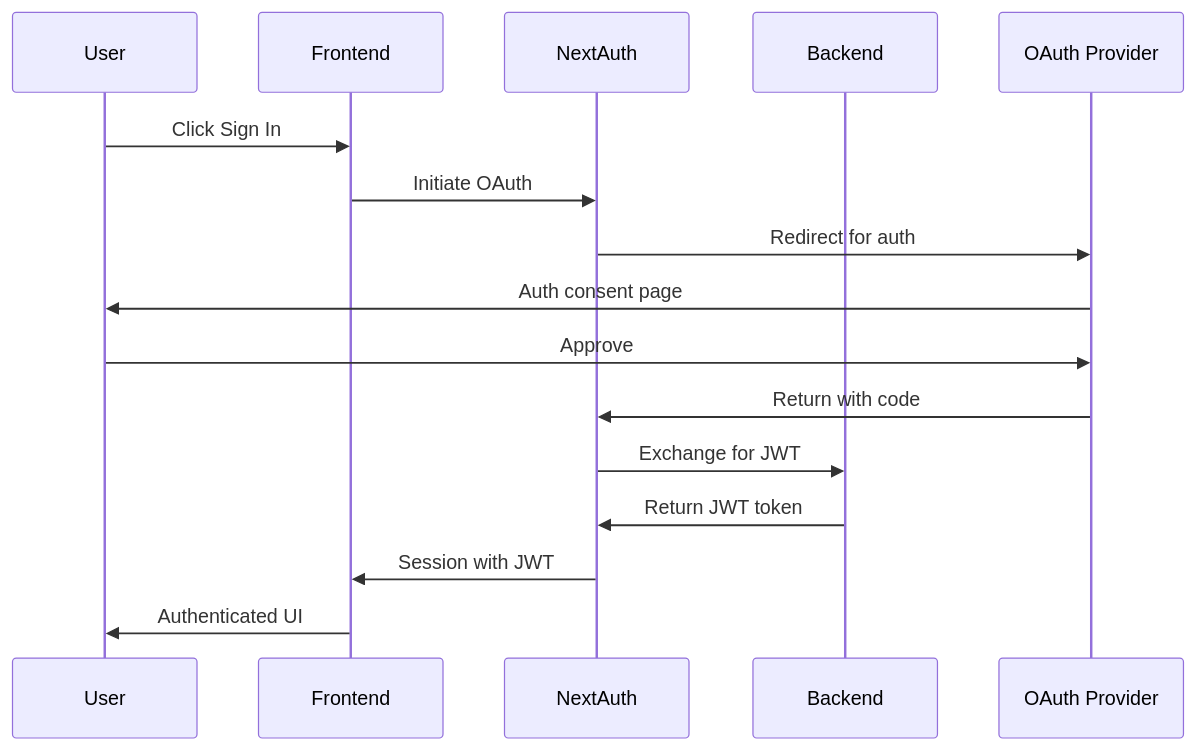
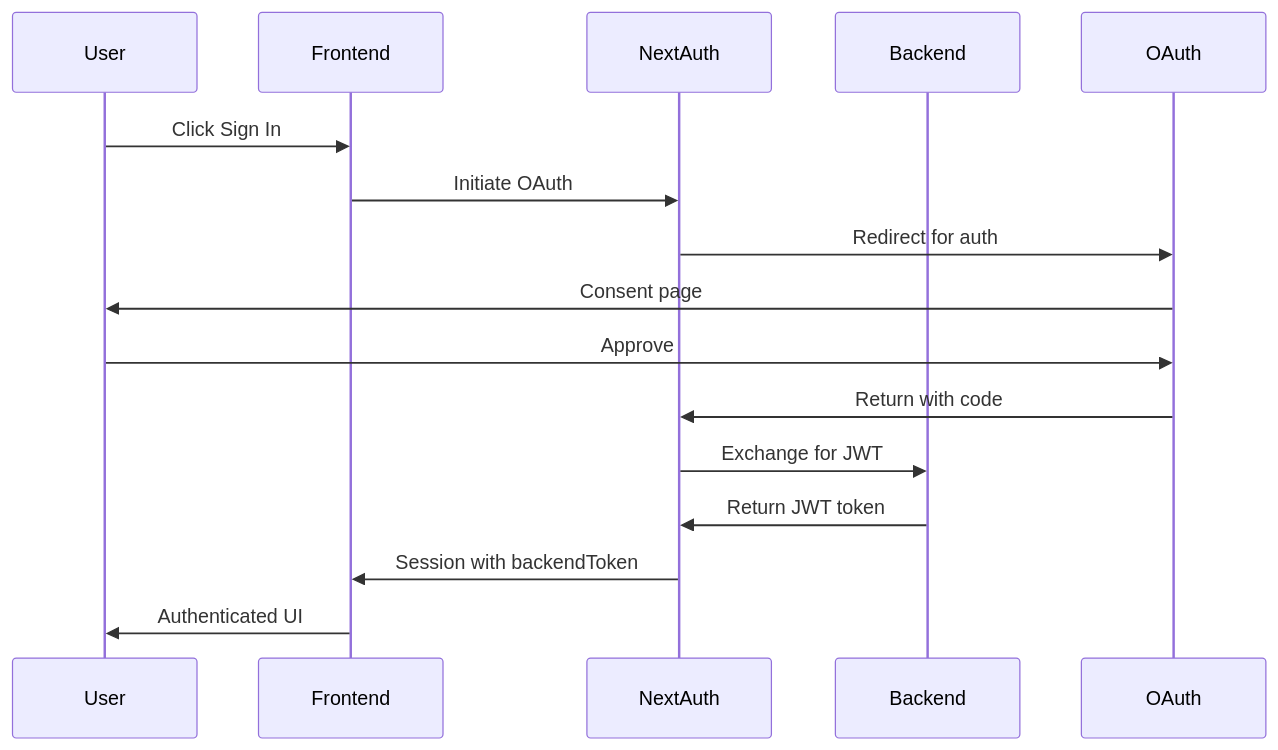
Before and after one commit to The-AI-Alliance/semiont: the first of 2 diagrams in apps/frontend/docs/AUTHENTICATION.md, drawn with Mermaid. The commit also changed other lines of this file and 104 other files, not shown here.

First line of the commit message:
Event Store (layer 2) -> {Projection (layer 3), Graph (layer 4)}; Adopt SSE on frontend (and generally adopt more React practices) (#201)

````diff
--- a/apps/frontend/docs/AUTHENTICATION.md
+++ b/apps/frontend/docs/AUTHENTICATION.md
@@ -69,19 +156,19 @@
 ```mermaid
 sequenceDiagram
     participant User
     participant Frontend
     participant NextAuth
     participant Backend
-    participant OAuth Provider
+    participant OAuth
 
     User->>Frontend: Click Sign In
     Frontend->>NextAuth: Initiate OAuth
-    NextAuth->>OAuth Provider: Redirect for auth
-    OAuth Provider->>User: Auth consent page
-    User->>OAuth Provider: Approve
-    OAuth Provider->>NextAuth: Return with code
+    NextAuth->>OAuth: Redirect for auth
+    OAuth->>User: Consent page
+    User->>OAuth: Approve
+    OAuth->>NextAuth: Return with code
     NextAuth->>Backend: Exchange for JWT
     Backend->>NextAuth: Return JWT token
-    NextAuth->>Frontend: Session with JWT
+    NextAuth->>Frontend: Session with backendToken
     Frontend->>User: Authenticated UI
 ```
````
